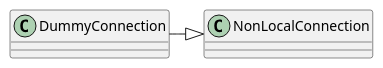
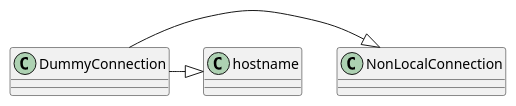
Before and after one commit to russell-n/oldape: the second of 2 diagrams in documentation/source/developer/connections/nonlocalconnection.rst, drawn with PlantUML. The commit also changed other lines of this file and 25 other files, not shown here.

```diff
--- a/documentation/source/developer/connections/nonlocalconnection.rst
+++ b/documentation/source/developer/connections/nonlocalconnection.rst
@@ -34,3 +36,4 @@
 .. uml::
 
    DummyConnection -|> NonLocalConnection
+   DummyConnection -|> hostname
```
